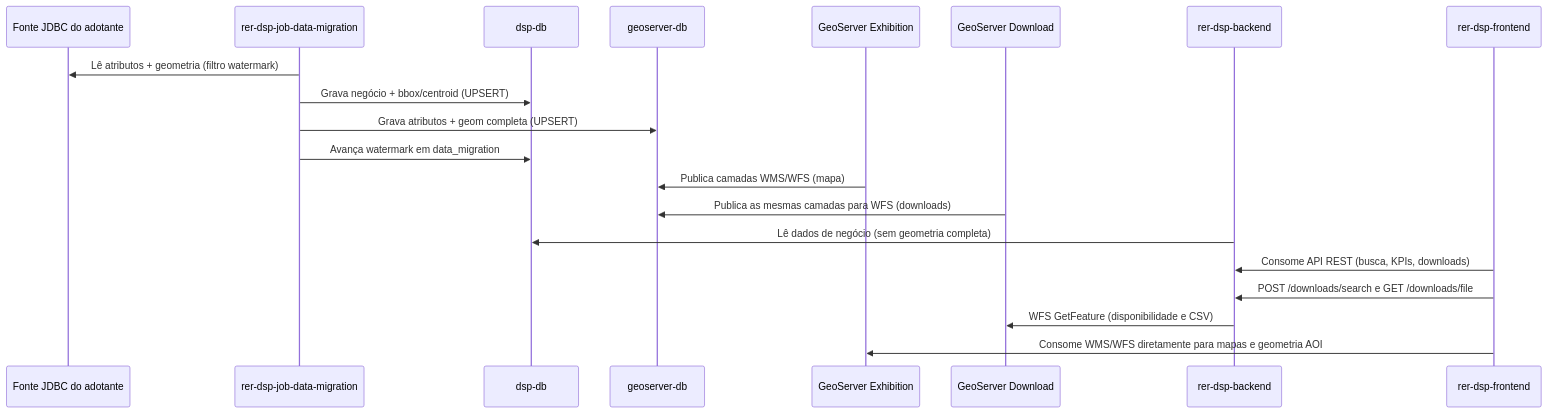
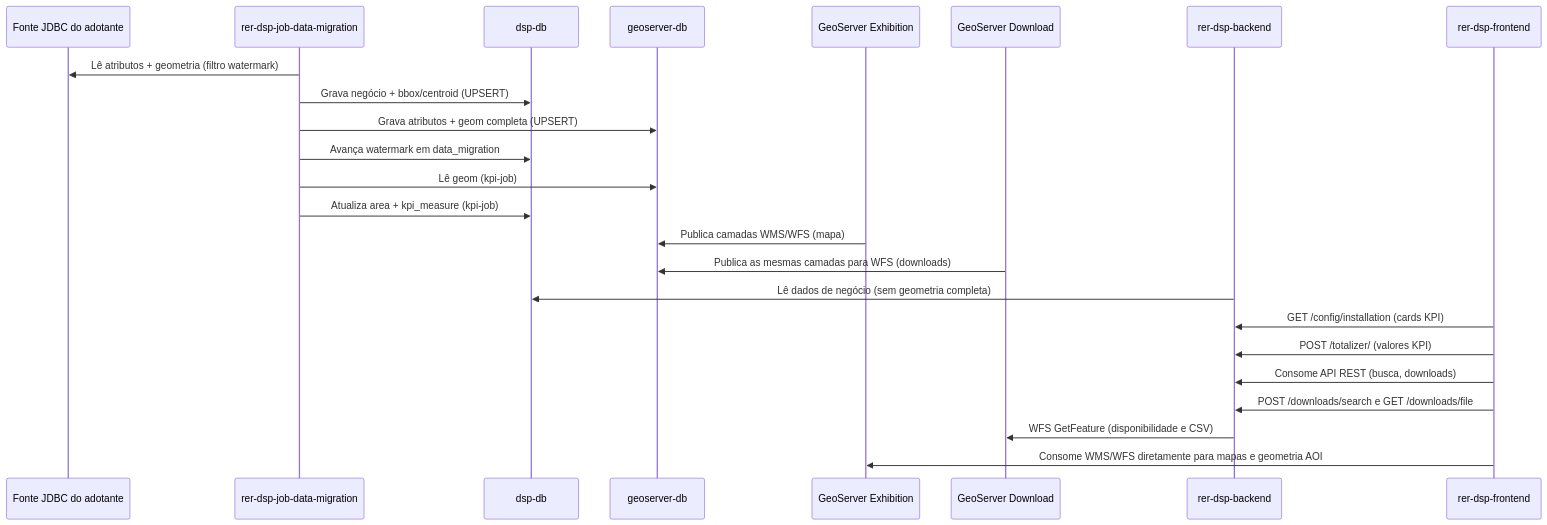
The diagram in docs/architecture/data-flow.md (kleber-albino/rer-dsp-docs), drawn with Mermaid before and after one commit. The commit also changed other lines of this file and 13 other files, not shown here.

Commit message:
KPIs config

````diff
--- a/docs/architecture/data-flow.md
+++ b/docs/architecture/data-flow.md
@@ -5,23 +5,27 @@
 ```mermaid
 sequenceDiagram
   participant Src as Fonte JDBC do adotante
   participant Job as rer-dsp-job-data-migration
   participant DspDb as dsp-db
   participant ExDb as geoserver-db
   participant GsEx as GeoServer Exhibition
   participant GsDl as GeoServer Download
   participant Be as rer-dsp-backend
   participant Fe as rer-dsp-frontend
 
   Job->>Src: Lê atributos + geometria (filtro watermark)
   Job->>DspDb: Grava negócio + bbox/centroid (UPSERT)
   Job->>ExDb: Grava atributos + geom completa (UPSERT)
   Job->>DspDb: Avança watermark em data_migration
+  Job->>ExDb: Lê geom (kpi-job)
+  Job->>DspDb: Atualiza area + kpi_measure (kpi-job)
   GsEx->>ExDb: Publica camadas WMS/WFS (mapa)
   GsDl->>ExDb: Publica as mesmas camadas para WFS (downloads)
   Be->>DspDb: Lê dados de negócio (sem geometria completa)
-  Fe->>Be: Consome API REST (busca, KPIs, downloads)
+  Fe->>Be: GET /config/installation (cards KPI)
+  Fe->>Be: POST /totalizer/ (valores KPI)
+  Fe->>Be: Consome API REST (busca, downloads)
   Fe->>Be: POST /downloads/search e GET /downloads/file
   Be->>GsDl: WFS GetFeature (disponibilidade e CSV)
   Fe->>GsEx: Consome WMS/WFS diretamente para mapas e geometria AOI
 ```
````
